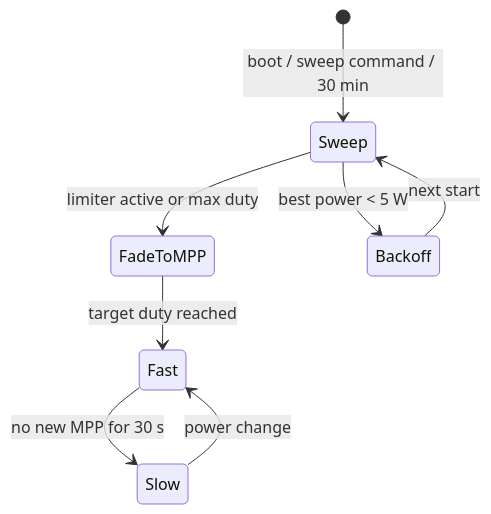
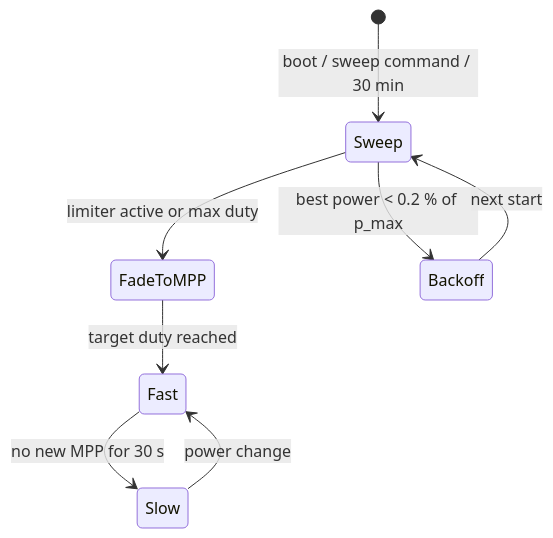
One commit to fl4p/fugu-mppt-firmware changed the diagram in website/docs/internals/mppt-tracker.md. Above: the diagram before and after it, drawn with Mermaid. The commit also changed other lines of this file and 4 other files, not shown here.

First line of the commit message:
mppt: sweep floor 0.2 % of p_max (was 5 W); keep bflow off after an in-tick shutdown

````diff
--- a/website/docs/internals/mppt-tracker.md
+++ b/website/docs/internals/mppt-tracker.md
@@ -27,10 +27,10 @@
 ```mermaid
 stateDiagram-v2
     [*] --> Sweep: boot / sweep command / 30 min
     Sweep --> FadeToMPP: limiter active or max duty
-    Sweep --> Backoff: best power < 5 W
+    Sweep --> Backoff: best power < 0.2 % of p_max
     FadeToMPP --> Fast: target duty reached
     Fast --> Slow: no new MPP for 30 s
     Slow --> Fast: power change
     Backoff --> Sweep: next start
 ```
````
